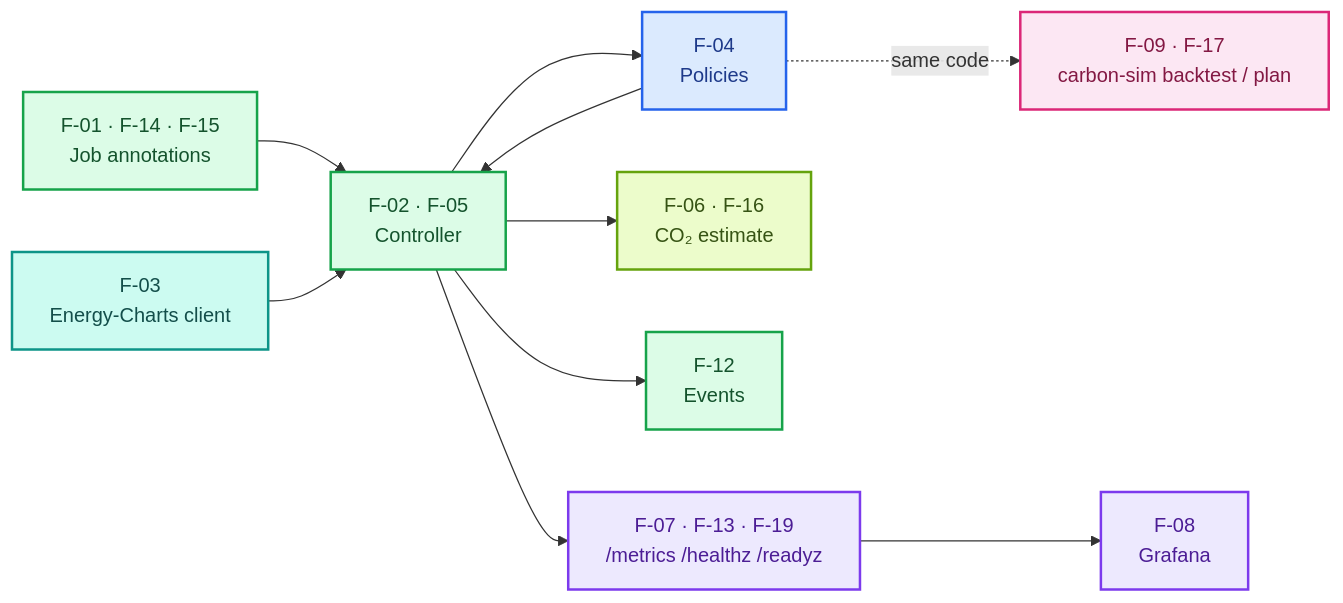
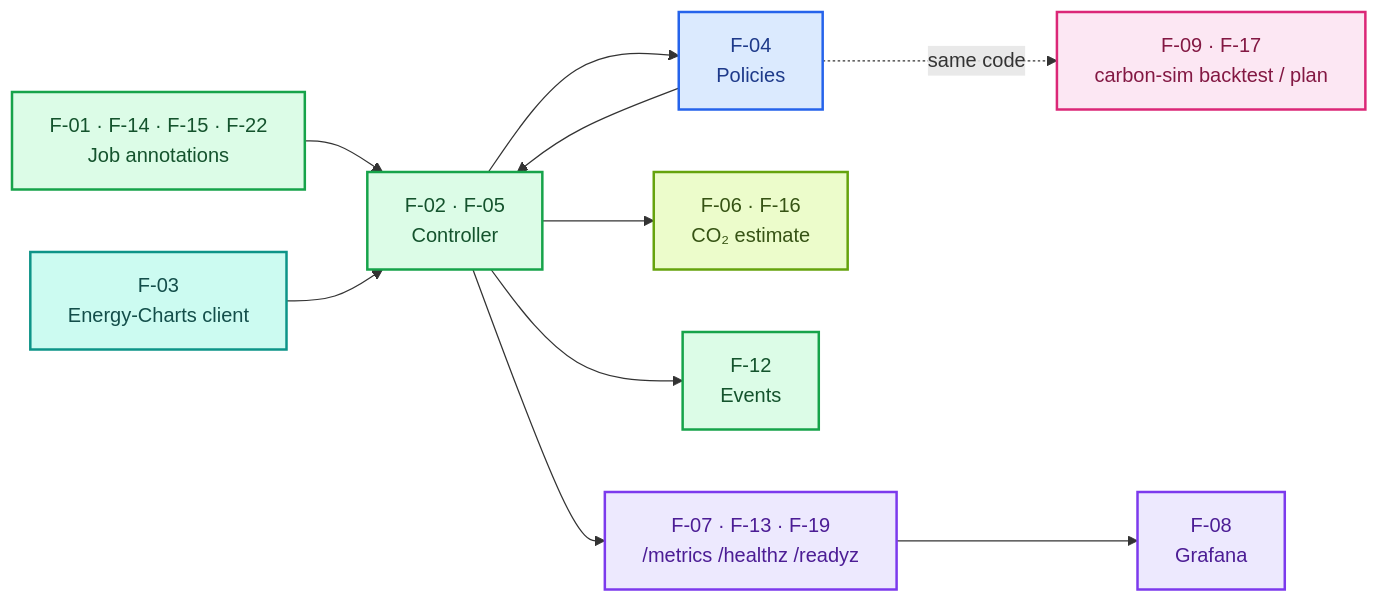
One commit to mahmudul-islam32/carbon-aware-k8s-scheduler changed the first of 3 diagrams in docs/FEATURES.md. Above: the diagram before and after it, drawn with Mermaid. The commit also changed other lines of this file and 11 other files, not shown here.

````diff
--- a/docs/FEATURES.md
+++ b/docs/FEATURES.md
@@ -90,19 +90,19 @@
 ```mermaid
 flowchart LR
     classDef core fill:#dcfce7,stroke:#16a34a,color:#14532d,stroke-width:2px
     classDef grid fill:#ccfbf1,stroke:#0d9488,color:#134e4a,stroke-width:2px
     classDef plan fill:#dbeafe,stroke:#2563eb,color:#1e3a8a,stroke-width:2px
     classDef carbon fill:#ecfccb,stroke:#65a30d,color:#365314,stroke-width:2px
     classDef obs fill:#ede9fe,stroke:#7c3aed,color:#4c1d95,stroke-width:2px
     classDef tool fill:#fce7f3,stroke:#db2777,color:#831843,stroke-width:2px
 
-    A["F-01 · F-14 · F-15<br/>Job annotations"]:::core --> B["F-02 · F-05<br/>Controller"]:::core
+    A["F-01 · F-14 · F-15 · F-22<br/>Job annotations"]:::core --> B["F-02 · F-05<br/>Controller"]:::core
     C["F-03<br/>Energy-Charts client"]:::grid --> B
     B --> D["F-04<br/>Policies"]:::plan
     D --> B
     B --> E["F-06 · F-16<br/>CO₂ estimate"]:::carbon
     B --> F["F-12<br/>Events"]:::core
     B --> G["F-07 · F-13 · F-19<br/>/metrics /healthz /readyz"]:::obs
     G --> H["F-08<br/>Grafana"]:::obs
     D -. same code .-> I["F-09 · F-17<br/>carbon-sim backtest / plan"]:::tool
 ```
````
